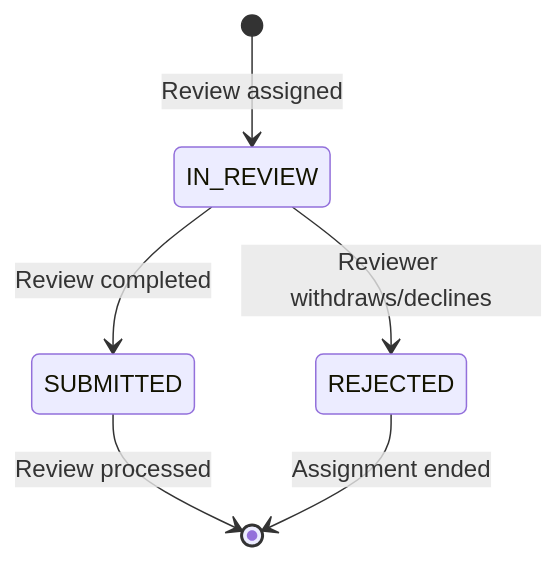
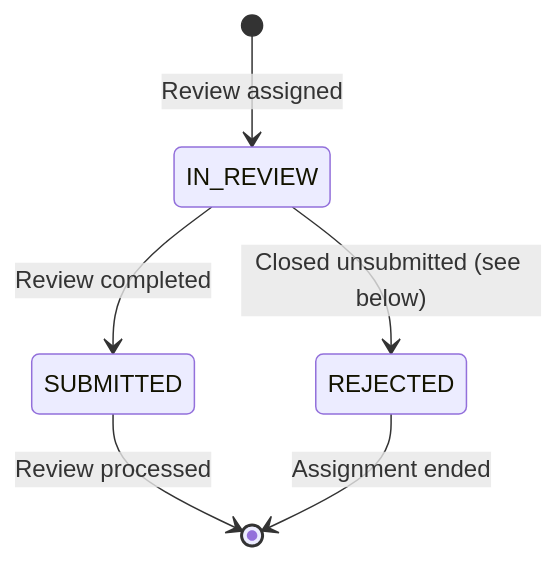
The fourth of 12 diagrams in docs/core-concepts/proposals.md (waldur/waldur-mastermind), drawn with Mermaid before and after one commit. The commit also changed other lines of this file and 16 other files, not shown here.

````diff
--- a/docs/core-concepts/proposals.md
+++ b/docs/core-concepts/proposals.md
@@ -167,10 +167,10 @@
 ```mermaid
 stateDiagram-v2
     [*] --> IN_REVIEW : Review assigned
 
     IN_REVIEW --> SUBMITTED : Review completed
-    IN_REVIEW --> REJECTED : Reviewer withdraws/declines
+    IN_REVIEW --> REJECTED : Closed unsubmitted (see below)
 
     SUBMITTED --> [*] : Review processed
     REJECTED --> [*] : Assignment ended
 ```
````
